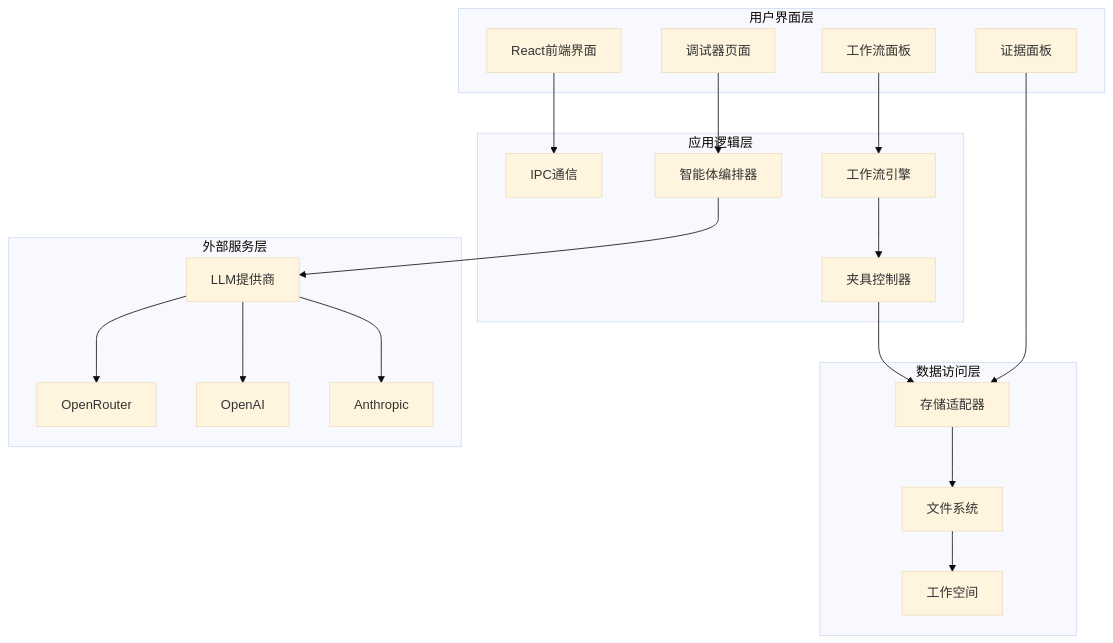
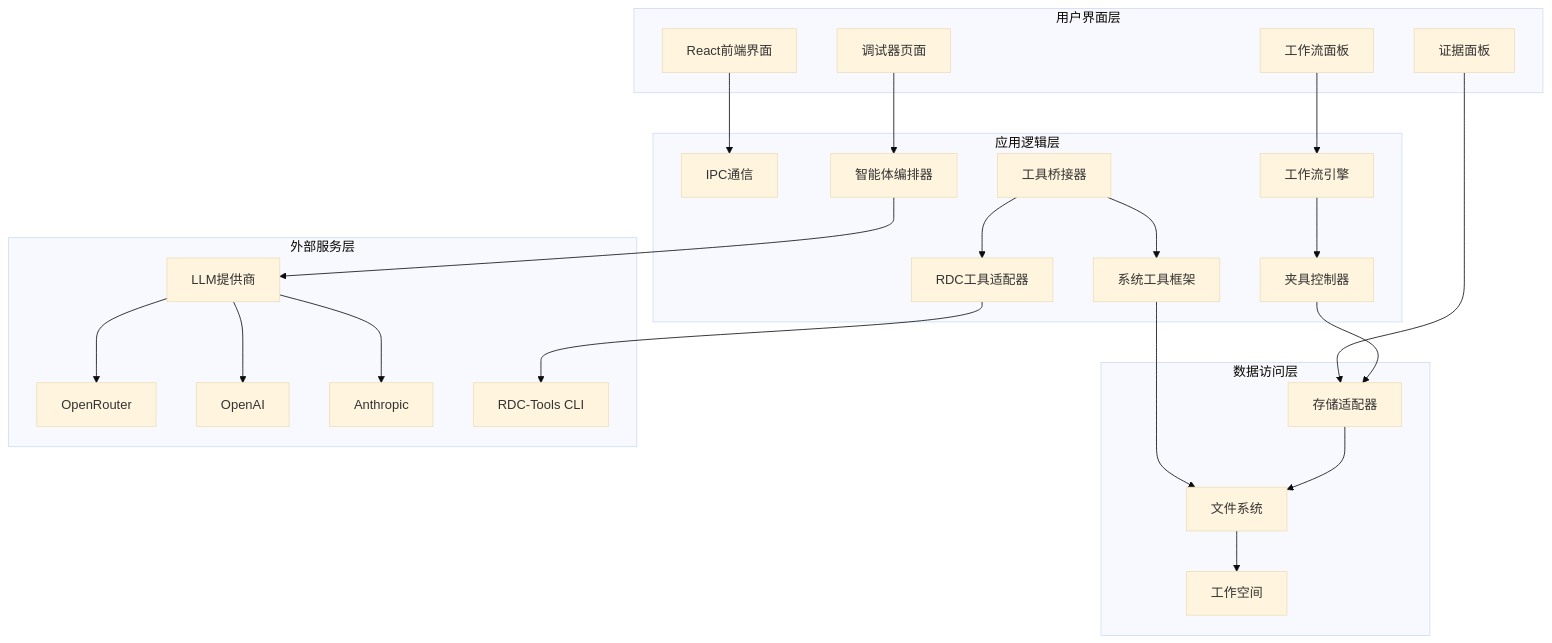
Before and after one commit to haolange/RDC-Agent: the second of 8 diagrams in .qoder/repowiki/zh/content/架构设计/垂直调试框架.md, drawn with Mermaid (base theme). The commit also changed other lines of this file and 3483 other files, not shown here.

````diff
--- a/.qoder/repowiki/zh/content/架构设计/垂直调试框架.md
+++ b/.qoder/repowiki/zh/content/架构设计/垂直调试框架.md
@@ -186,38 +222,46 @@
 ```mermaid
 graph TB
 subgraph "用户界面层"
 UI[React前端界面]
 DebuggerUI[调试器页面]
 WorkflowUI[工作流面板]
 EvidenceUI[证据面板]
 end
 subgraph "应用逻辑层"
 IPC[IPC通信]
 Orchestrator[智能体编排器]
 Workflow[工作流引擎]
 Harness[夹具控制器]
+ToolBridge[工具桥接器]
+SystemTools[系统工具框架]
+RDCTools[RDC工具适配器]
 end
 subgraph "数据访问层"
 Storage[存储适配器]
 FileSystem[文件系统]
 Workspace[工作空间]
 end
 subgraph "外部服务层"
 LLM[LLM提供商]
 OpenRouter[OpenRouter]
 OpenAI[OpenAI]
 Anthropic[Anthropic]
+RDCCLI[RDC-Tools CLI]
 end
 UI --> IPC
 DebuggerUI --> Orchestrator
 WorkflowUI --> Workflow
 EvidenceUI --> Storage
 Orchestrator --> LLM
 Workflow --> Harness
 Harness --> Storage
+ToolBridge --> SystemTools
+ToolBridge --> RDCTools
+SystemTools --> FileSystem
+RDCTools --> RDCCLI
 Storage --> FileSystem
 FileSystem --> Workspace
 LLM --> OpenRouter
 LLM --> OpenAI
 LLM --> Anthropic
 ```
````
